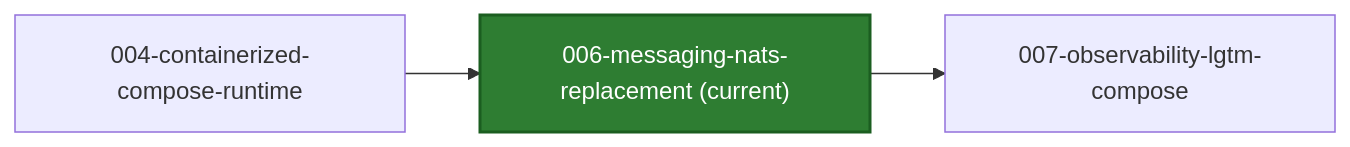
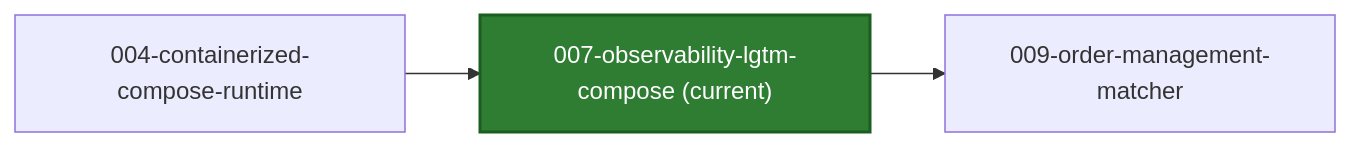
One commit to azure-octo/traderX changed the second of 2 diagrams in README.md. Above: the diagram before and after it, drawn with Mermaid. The commit also changed other lines of this file and 50 other files, not shown here.

First line of the commit message:
snapshot: 007-observability-lgtm-compose generated from a41e87908ebf8e9d2cd385280eacced32887bb1e

````diff
--- a/README.md
+++ b/README.md
@@ -52,12 +50,12 @@
 ```mermaid
 flowchart LR
-  C_CUR["006-messaging-nats-replacement (current)"]
+  C_CUR["007-observability-lgtm-compose (current)"]
   style C_CUR fill:#2e7d32,stroke:#1b5e20,color:#ffffff,stroke-width:2px
   C_PREV_004_containerized_compose_runtime["004-containerized-compose-runtime"] --> C_CUR
   click C_PREV_004_containerized_compose_runtime href "https://github.com/finos/traderX/tree/code%2Fgenerated-state-004-containerized-compose-runtime" "Open branch"
-  %% compare: https://github.com/finos/traderX/compare/code%2Fgenerated-state-004-containerized-compose-runtime...code%2Fgenerated-state-006-messaging-nats-replacement
-  C_CUR --> C_NEXT_007_observability_lgtm_compose["007-observability-lgtm-compose"]
-  click C_NEXT_007_observability_lgtm_compose href "https://github.com/finos/traderX/tree/code%2Fgenerated-state-007-observability-lgtm-compose" "Open branch"
-  %% compare: https://github.com/finos/traderX/compare/code%2Fgenerated-state-006-messaging-nats-replacement...code%2Fgenerated-state-007-observability-lgtm-compose
-  click C_CUR href "https://github.com/finos/traderX/tree/code%2Fgenerated-state-006-messaging-nats-replacement" "Open current branch"
+  %% compare: https://github.com/finos/traderX/compare/code%2Fgenerated-state-004-containerized-compose-runtime...code%2Fgenerated-state-007-observability-lgtm-compose
+  C_CUR --> C_NEXT_009_order_management_matcher["009-order-management-matcher"]
+  click C_NEXT_009_order_management_matcher href "https://github.com/finos/traderX/tree/code%2Fgenerated-state-009-order-management-matcher" "Open branch"
+  %% compare: https://github.com/finos/traderX/compare/code%2Fgenerated-state-007-observability-lgtm-compose...code%2Fgenerated-state-009-order-management-matcher
+  click C_CUR href "https://github.com/finos/traderX/tree/code%2Fgenerated-state-007-observability-lgtm-compose" "Open current branch"
 ```
````
